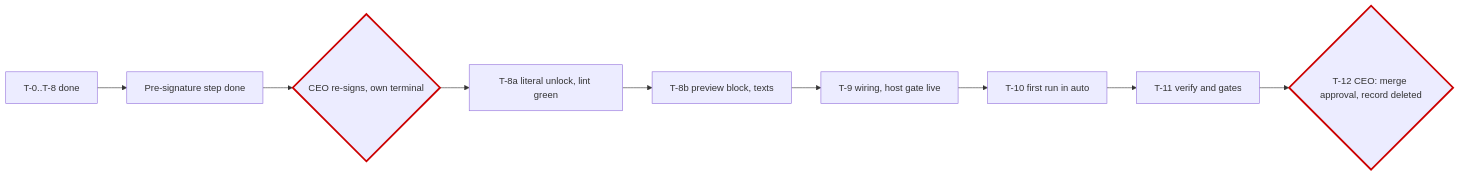
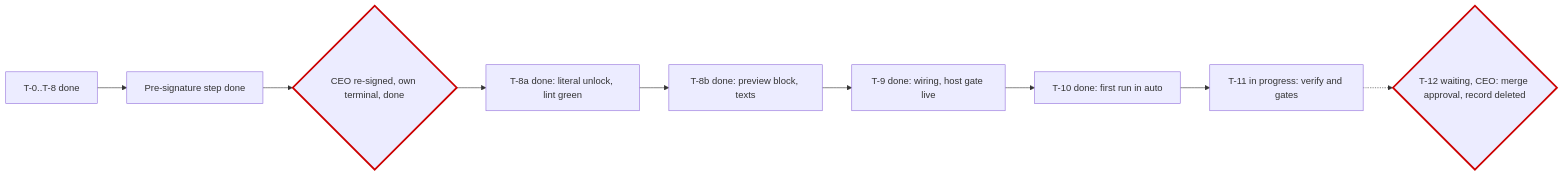
The diagram in plans/0004-plan.md (GktuOktay/claude-agency-v2), drawn with Mermaid before and after one commit. The commit also changed other lines of this file and 7 other files, not shown here.

````diff
--- a/plans/0004-plan.md
+++ b/plans/0004-plan.md
@@ -72,13 +72,13 @@
 ```mermaid
 flowchart LR
   A[T-0..T-8 done] --> S[Pre-signature step done]
-  S --> G{CEO re-signs, own terminal}
-  G --> T8a[T-8a literal unlock, lint green]
-  T8a --> T8b[T-8b preview block, texts]
-  T8b --> T9[T-9 wiring, host gate live]
-  T9 --> T10[T-10 first run in auto]
-  T10 --> T11[T-11 verify and gates]
-  T11 --> T12{T-12 CEO: merge approval, record deleted}
+  S --> G{CEO re-signed, own terminal, done}
+  G --> T8a[T-8a done: literal unlock, lint green]
+  T8a --> T8b[T-8b done: preview block, texts]
+  T8b --> T9[T-9 done: wiring, host gate live]
+  T9 --> T10[T-10 done: first run in auto]
+  T10 --> T11[T-11 in progress: verify and gates]
+  T11 -.-> T12{T-12 waiting, CEO: merge approval, record deleted}
   classDef ceo stroke:#c00,stroke-width:3px
   class G,T12 ceo
 ```
````
